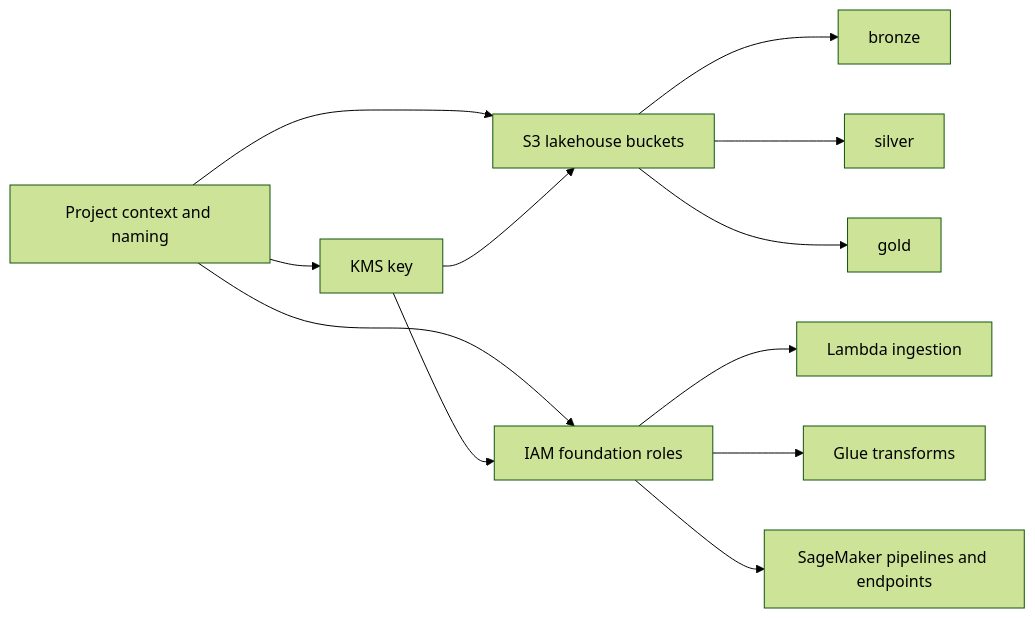
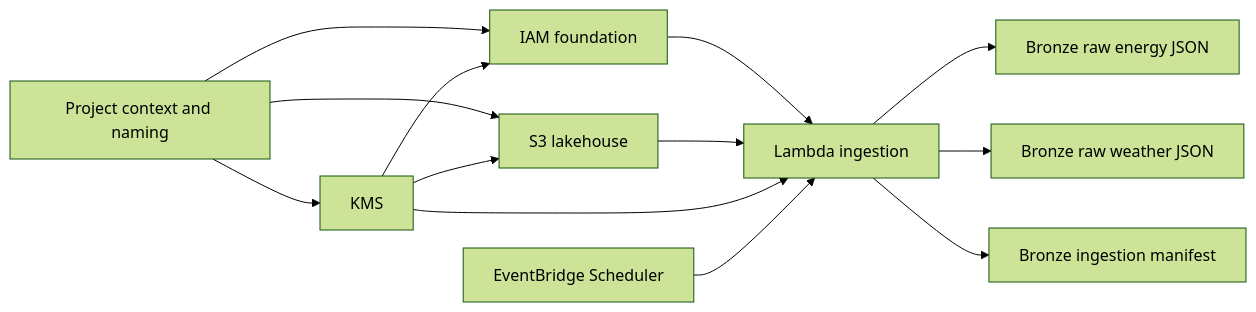
Before and after one commit to Ch3rry-Pi3-AWS/AWS-MLOps-EnergyForecasting-AnomalyDetection: the first of 3 diagrams in README.md, drawn with Mermaid (forest theme). The commit also changed other lines of this file and 1 other file, not shown here.

Commit message:
Rewrite README as the canonical project guide

````diff
--- a/README.md
+++ b/README.md
@@ -54,14 +82,15 @@
 ```mermaid
 flowchart LR
-    C[Project context and naming] --> K[KMS key]
-    C --> S[S3 lakehouse buckets]
-    C --> I[IAM foundation roles]
-    K --> S
-    K --> I
-    S --> B[bronze]
-    S --> Si[silver]
-    S --> G[gold]
-    I --> L[Lambda ingestion]
-    I --> Gl[Glue transforms]
-    I --> Sm[SageMaker pipelines and endpoints]
+    A[Project context and naming] --> B[KMS]
+    A --> C[S3 lakehouse]
+    A --> D[IAM foundation]
+    B --> C
+    B --> D
+    D --> E[Lambda ingestion]
+    C --> E
+    B --> E
+    F[EventBridge Scheduler] --> E
+    E --> G[Bronze raw energy JSON]
+    E --> H[Bronze raw weather JSON]
+    E --> I[Bronze ingestion manifest]
 ```
````
